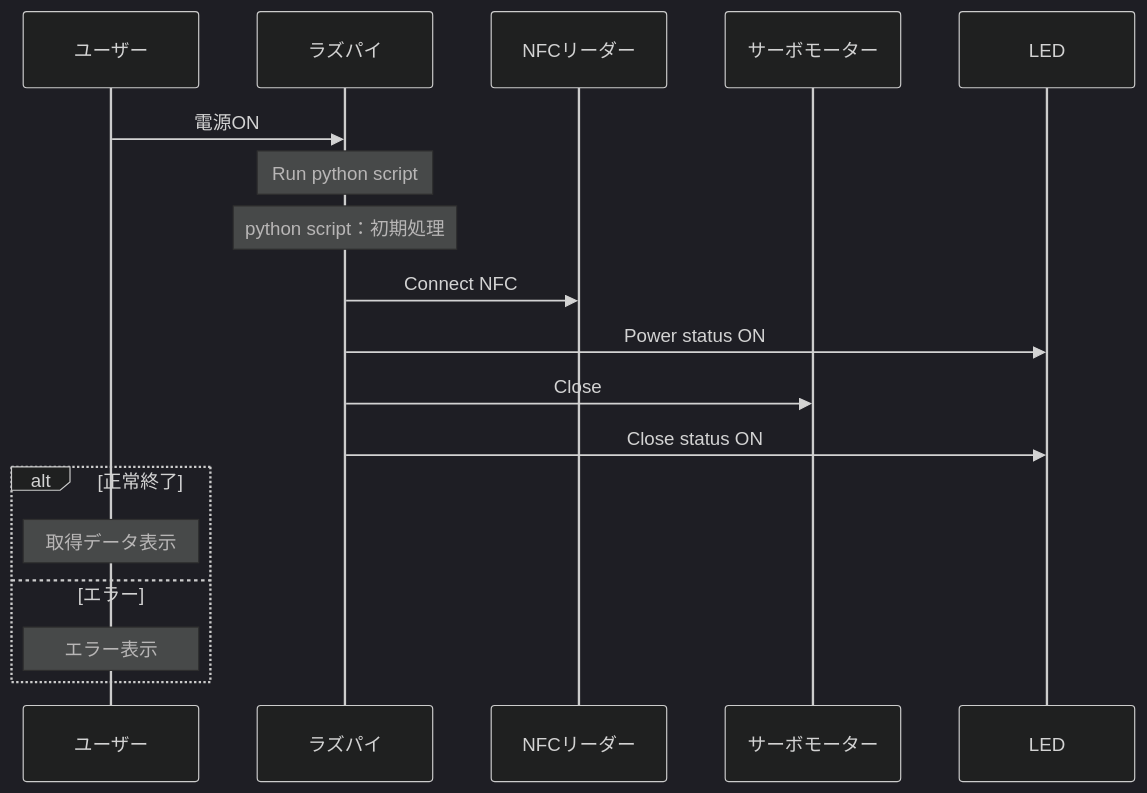
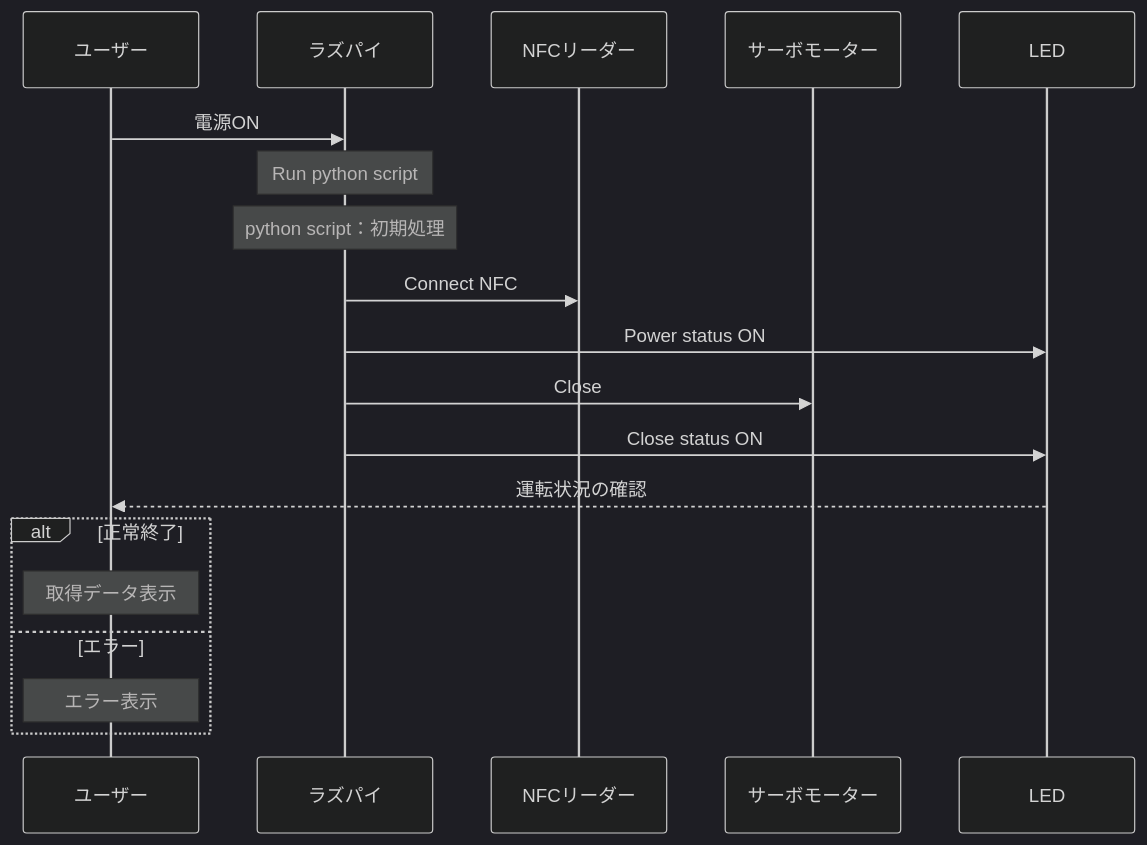
One commit to YUKI-SOKENDAI/SmartLock changed the second of 2 diagrams in memo/SystemMEMO.md. Above: the diagram before and after it, drawn with Mermaid (dark theme).

````diff
--- a/memo/SystemMEMO.md
+++ b/memo/SystemMEMO.md
@@ -63,27 +63,28 @@
 ```mermaid
 sequenceDiagram
     participant user as ユーザー
     participant raspi as ラズパイ
     participant nfc as NFCリーダー
     participant servo as サーボモーター
     participant led as LED
     
     # hoge
     user->>raspi: 電源ON
     Note over raspi : Run python script
     Note over raspi : python script：初期処理
     
     raspi->>nfc: Connect NFC
     raspi->>led: Power status ON
     raspi->>servo: Close
     raspi->>led: Close status ON
+    led-->>user: 運転状況の確認
     
     #raspi-->>user: こんにちは！！
     
     # hoge
     alt 正常終了
         Note over user : 取得データ表示
     else エラー
         Note over user : エラー表示
     end
 ```
````
